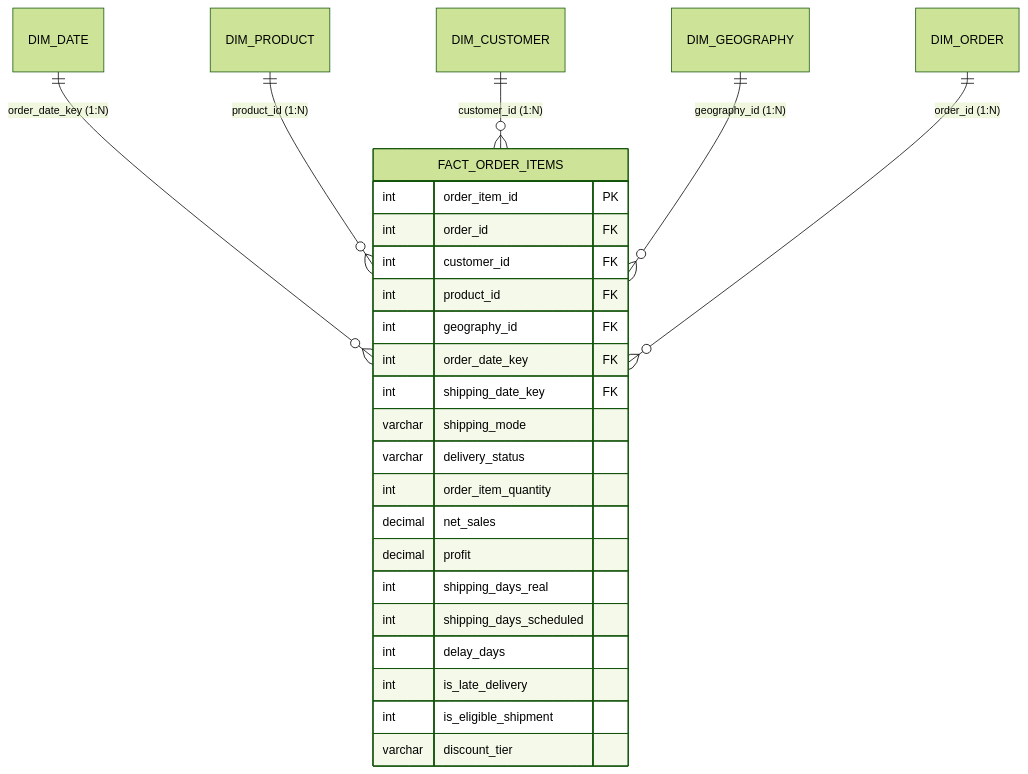
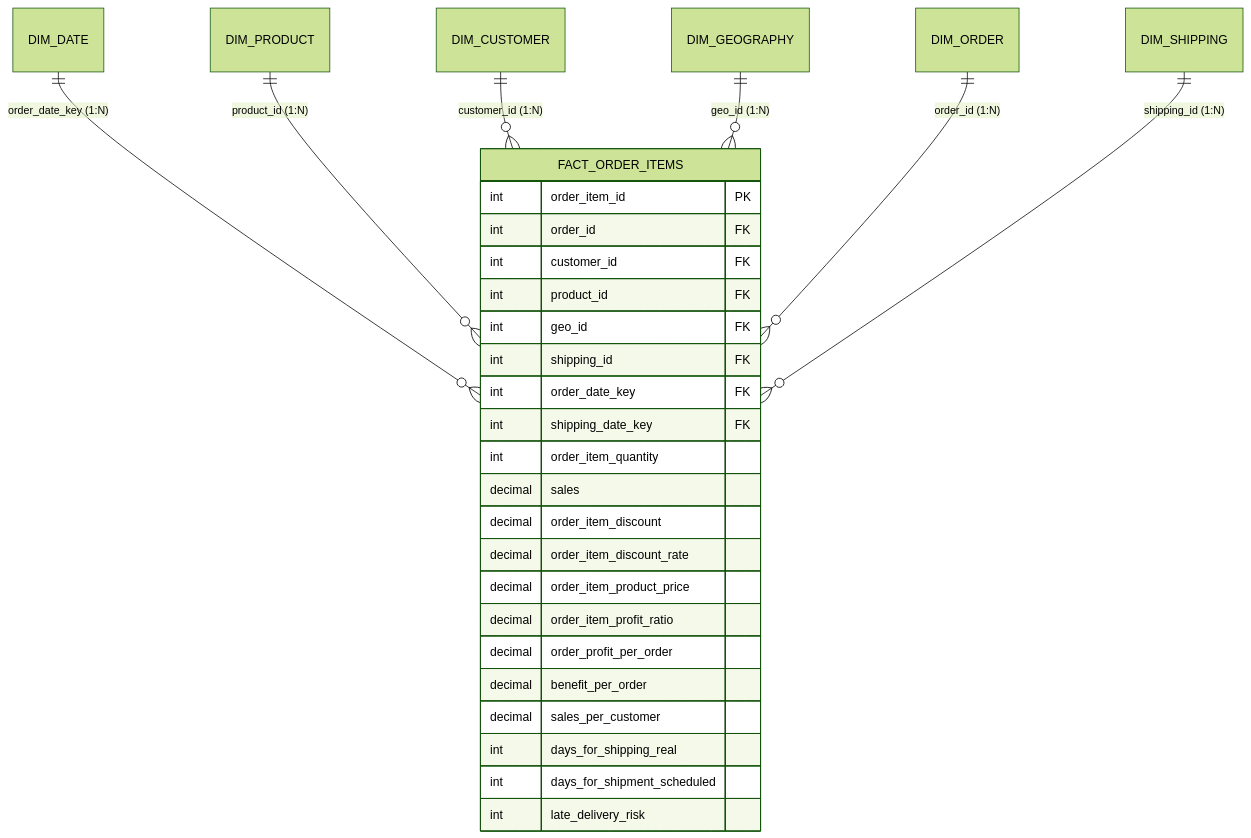
One commit to mhmd-ebrahim-1/supply-chain-analytics changed the diagram in README.md. Above: the diagram before and after it, drawn with Mermaid (forest theme). The commit also changed other lines of this file and 92 other files, not shown here.

Commit message:
feat: complete 4-page Power BI dashboard blueprint matching exact schema, dropdown slicers, and executive UI/UX

````diff
--- a/README.md
+++ b/README.md
@@ -68,29 +68,32 @@
 ```mermaid
 erDiagram
     DIM_DATE ||--o{ FACT_ORDER_ITEMS : "order_date_key (1:N)"
     DIM_PRODUCT ||--o{ FACT_ORDER_ITEMS : "product_id (1:N)"
     DIM_CUSTOMER ||--o{ FACT_ORDER_ITEMS : "customer_id (1:N)"
-    DIM_GEOGRAPHY ||--o{ FACT_ORDER_ITEMS : "geography_id (1:N)"
+    DIM_GEOGRAPHY ||--o{ FACT_ORDER_ITEMS : "geo_id (1:N)"
     DIM_ORDER ||--o{ FACT_ORDER_ITEMS : "order_id (1:N)"
+    DIM_SHIPPING ||--o{ FACT_ORDER_ITEMS : "shipping_id (1:N)"
 
     FACT_ORDER_ITEMS {
         int order_item_id PK
         int order_id FK
         int customer_id FK
         int product_id FK
-        int geography_id FK
+        int geo_id FK
+        int shipping_id FK
         int order_date_key FK
         int shipping_date_key FK
-        varchar shipping_mode
-        varchar delivery_status
         int order_item_quantity
-        decimal net_sales
-        decimal profit
-        int shipping_days_real
-        int shipping_days_scheduled
-        int delay_days
-        int is_late_delivery
-        int is_eligible_shipment
-        varchar discount_tier
+        decimal sales
+        decimal order_item_discount
+        decimal order_item_discount_rate
+        decimal order_item_product_price
+        decimal order_item_profit_ratio
+        decimal order_profit_per_order
+        decimal benefit_per_order
+        decimal sales_per_customer
+        int days_for_shipping_real
+        int days_for_shipment_scheduled
+        int late_delivery_risk
     }
 ```
````
